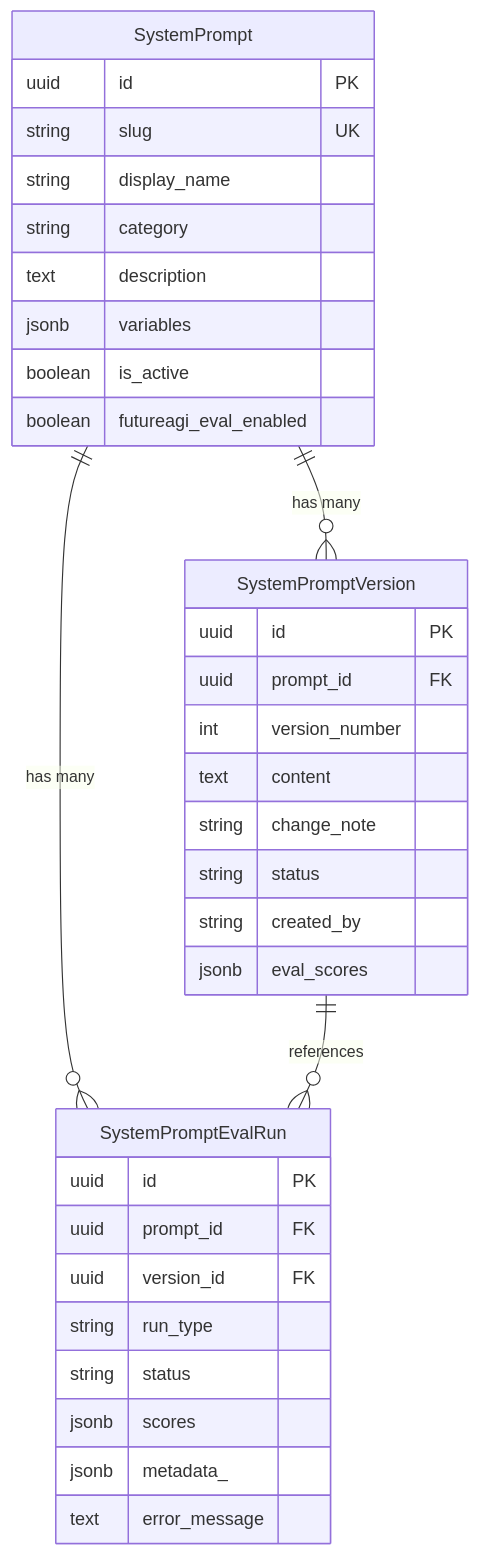
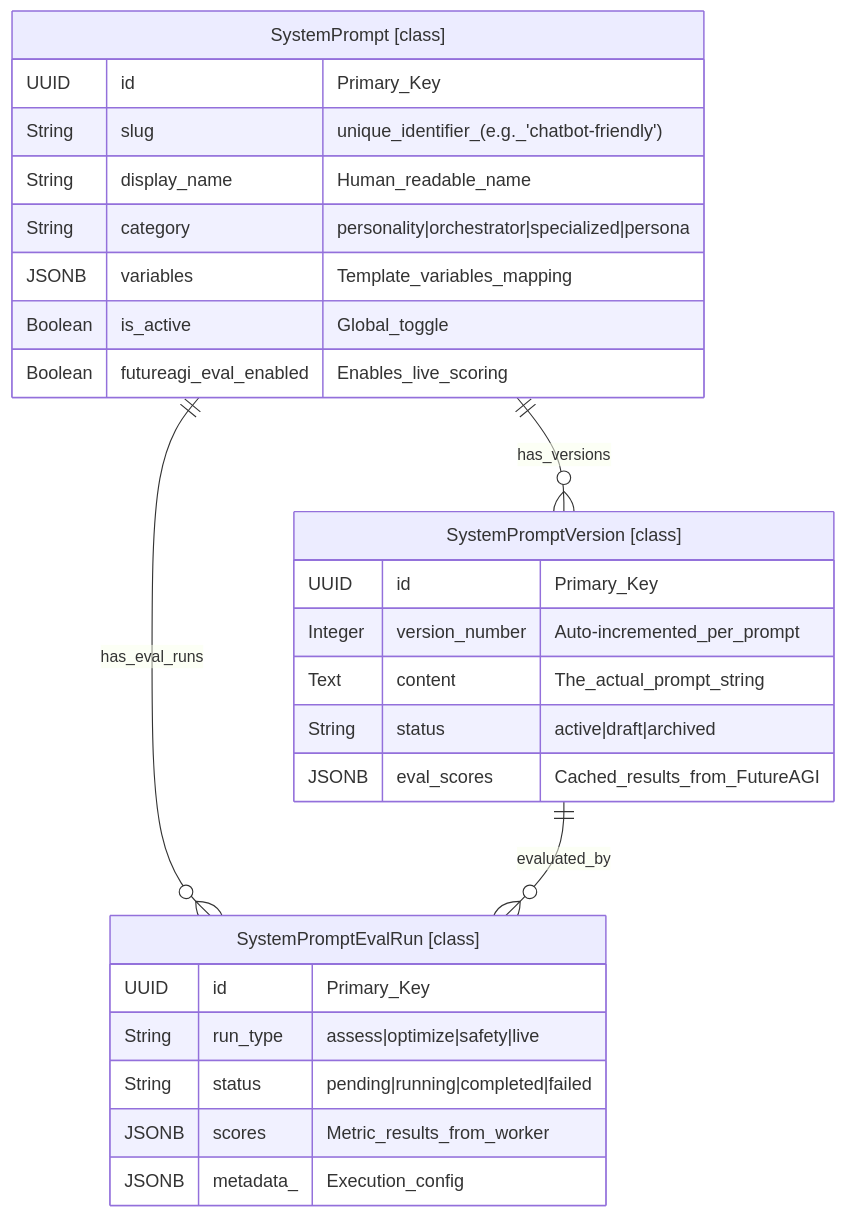
The first of 3 diagrams in docs/prompt-optimization/system-prompt-management.md (AutomatosAI/automatos-ai), drawn with Mermaid before and after one commit. The commit also changed other lines of this file and 149 other files, not shown here.

Commit message:
docs: refresh documentation with graphify semantic scan

````diff
--- a/docs/prompt-optimization/system-prompt-management.md
+++ b/docs/prompt-optimization/system-prompt-management.md
@@ -151,39 +57,32 @@
 ```mermaid
 erDiagram
-    SystemPrompt ||--o{ SystemPromptVersion : "has many"
-    SystemPrompt ||--o{ SystemPromptEvalRun : "has many"
-    SystemPromptVersion ||--o{ SystemPromptEvalRun : "references"
+    "SystemPrompt [class]" ||--o{ "SystemPromptVersion [class]" : "has_versions"
+    "SystemPrompt [class]" ||--o{ "SystemPromptEvalRun [class]" : "has_eval_runs"
+    "SystemPromptVersion [class]" ||--o{ "SystemPromptEvalRun [class]" : "evaluated_by"
     
-    SystemPrompt {
-        uuid id PK
-        string slug UK
-        string display_name
-        string category
-        text description
-        jsonb variables
-        boolean is_active
-        boolean futureagi_eval_enabled
+    "SystemPrompt [class]" {
+        UUID id "Primary_Key"
+        String slug "unique_identifier_(e.g._'chatbot-friendly')"
+        String display_name "Human_readable_name"
+        String category "personality|orchestrator|specialized|persona"
+        JSONB variables "Template_variables_mapping"
+        Boolean is_active "Global_toggle"
+        Boolean futureagi_eval_enabled "Enables_live_scoring"
     }
     
-    SystemPromptVersion {
-        uuid id PK
-        uuid prompt_id FK
-        int version_number
-        text content
-        string change_note
-        string status
-        string created_by
-        jsonb eval_scores
+    "SystemPromptVersion [class]" {
+        UUID id "Primary_Key"
+        Integer version_number "Auto-incremented_per_prompt"
+        Text content "The_actual_prompt_string"
+        String status "active|draft|archived"
+        JSONB eval_scores "Cached_results_from_FutureAGI"
     }
     
-    SystemPromptEvalRun {
-        uuid id PK
-        uuid prompt_id FK
-        uuid version_id FK
-        string run_type
-        string status
-        jsonb scores
-        jsonb metadata_
-        text error_message
+    "SystemPromptEvalRun [class]" {
+        UUID id "Primary_Key"
+        String run_type "assess|optimize|safety|live"
+        String status "pending|running|completed|failed"
+        JSONB scores "Metric_results_from_worker"
+        JSONB metadata_ "Execution_config"
     }
 ```
````
